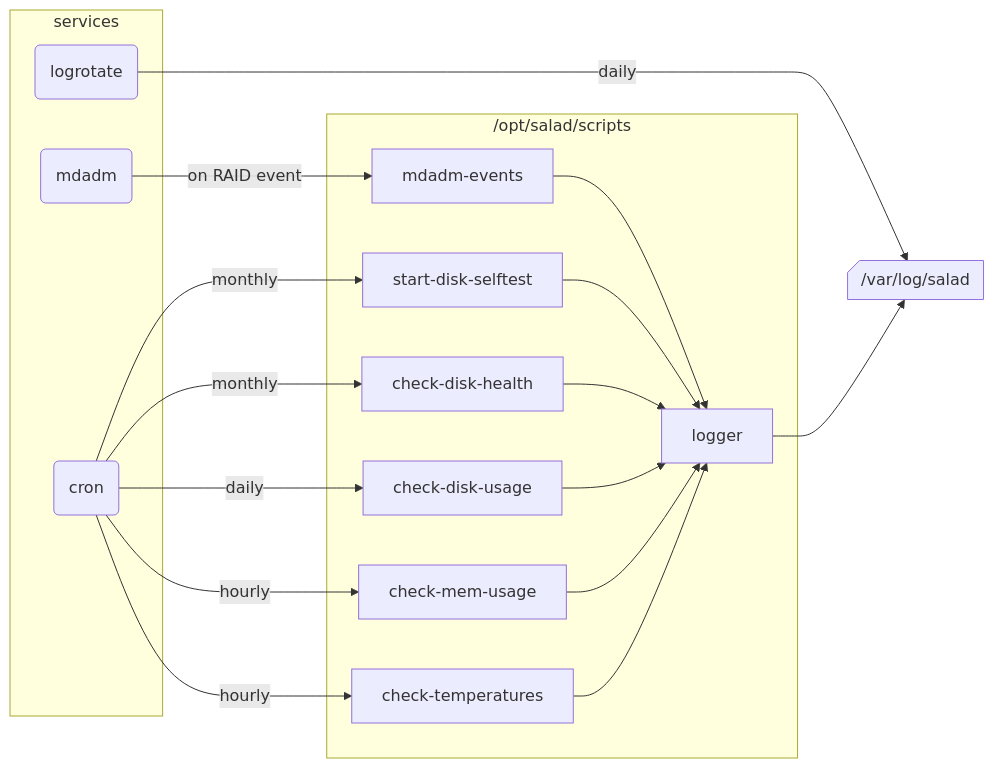
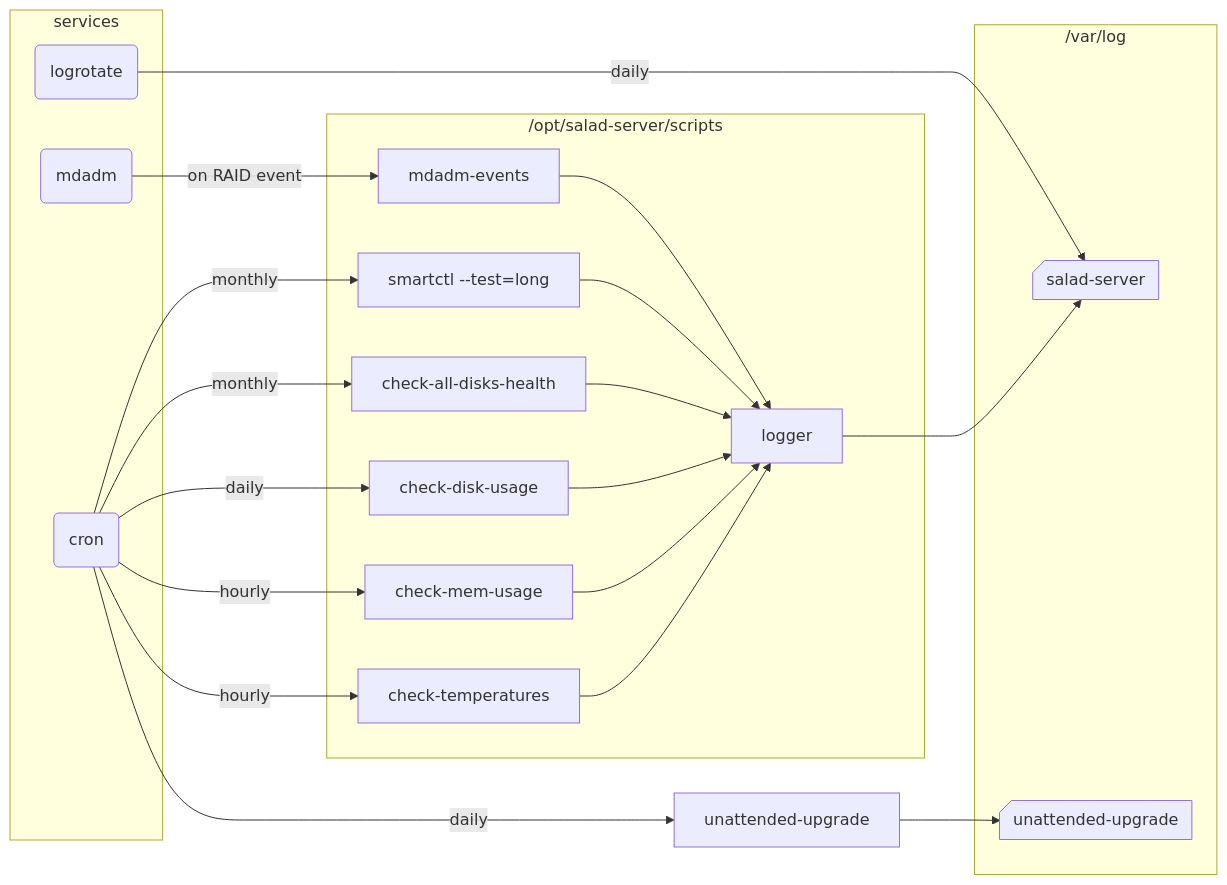
Before and after one commit to TCAO-2/salad-server: the diagram in scripts/README.md, drawn with Mermaid. The commit also changed other lines of this file and 1 other file, not shown here.

````diff
--- a/scripts/README.md
+++ b/scripts/README.md
@@ -114,29 +114,35 @@
 ```mermaid
 flowchart LR
     subgraph services
         logrotate(logrotate)
         mdadm(mdadm)
         cron(cron)
     end
 
-    subgraph /opt/salad/scripts
+    subgraph /opt/salad-server/scripts
         mdadm-events
-        start-disk-selftest
-        check-disk-health
+        smartctl-test[smartctl --test=long]
+        check-all-disks-health
         check-disk-usage
         check-mem-usage
         check-temperatures
         logger
     end
 
-    logrotate -- daily --> A@{ shape: notch-rect, label: "/var/log/salad" }
-    logger -->  A@{ shape: notch-rect, label: "/var/log/salad" }
+    subgraph /var/log
+        salad-server-log@{ shape: notch-rect, label: "salad-server" }
+        unattended-upgrade-log@{ shape: notch-rect, label: "unattended-upgrade" }
+    end
+
+    logrotate -- daily --> salad-server-log
+    logger -->  salad-server-log
 
     mdadm -- on RAID event --> mdadm-events --> logger
 
-    cron -- monthly --> start-disk-selftest --> logger
-    cron -- monthly --> check-disk-health --> logger
+    cron -- monthly --> smartctl-test --> logger
+    cron -- monthly --> check-all-disks-health --> logger
     cron -- daily --> check-disk-usage --> logger
     cron -- hourly --> check-mem-usage --> logger
     cron -- hourly --> check-temperatures --> logger
+    cron --daily --> unattended-upgrade --> unattended-upgrade-log
 ```
````
